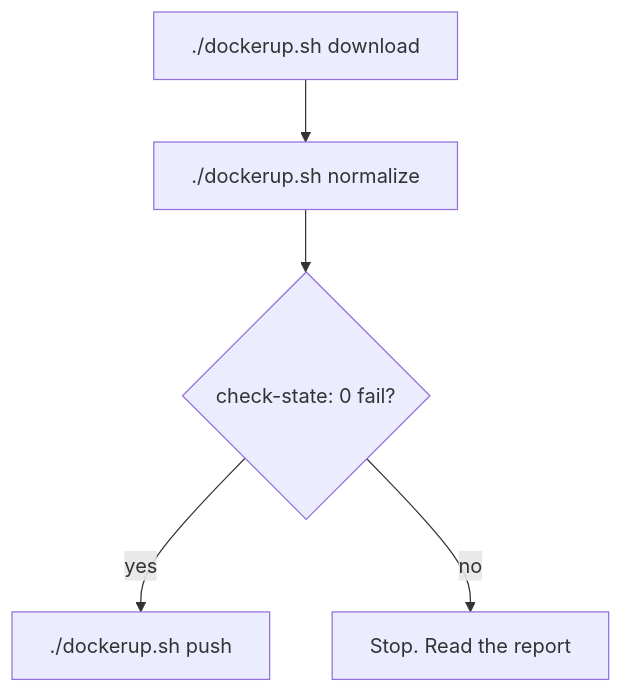
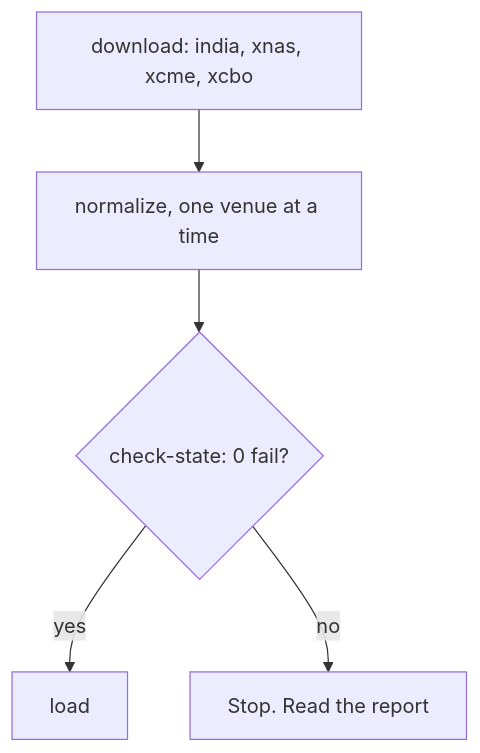
Before and after one commit to dvygo/Securities: the first of 3 diagrams in deploy/RUNBOOK.md, drawn with Mermaid. The commit also changed other lines of this file and 119 other files, not shown here.

````diff
--- a/deploy/RUNBOOK.md
+++ b/deploy/RUNBOOK.md
@@ -22,7 +22,7 @@
 ```mermaid
 flowchart TB
-    A["./dockerup.sh download"] --> B["./dockerup.sh normalize"]
+    A["download: india, xnas, xcme, xcbo"] --> B["normalize, one venue at a time"]
     B --> C{"check-state: 0 fail?"}
-    C -->|yes| D["./dockerup.sh push"]
+    C -->|yes| D["load"]
     C -->|no| S["Stop. Read the report"]
 ```
````
